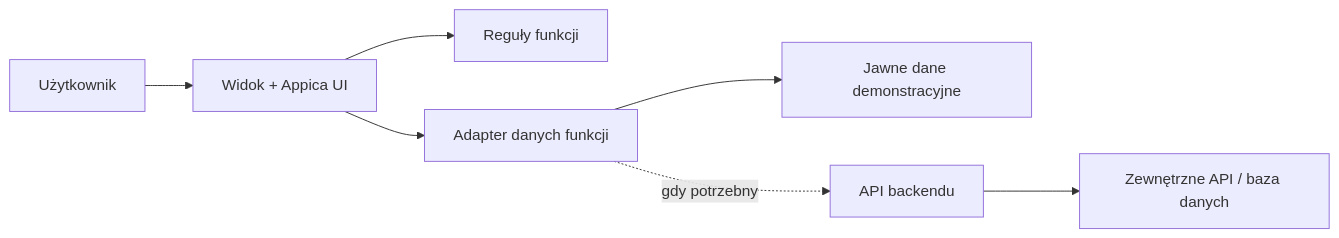
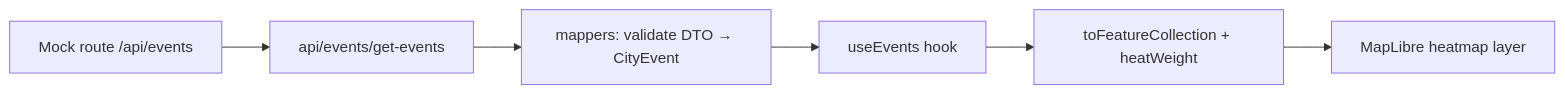
One commit to delve-group/smart-city changed the diagram in docs/architecture.md. Above: the diagram before and after it, drawn with Mermaid. The commit also changed other lines of this file and 22 other files, not shown here.

````diff
--- a/docs/architecture.md
+++ b/docs/architecture.md
@@ -24,9 +42,8 @@
 ```mermaid
 flowchart LR
-    U[Użytkownik] --> V[Widok + Appica UI]
-    V --> D[Reguły funkcji]
-    V --> A[Adapter danych funkcji]
-    A --> M[Jawne dane demonstracyjne]
-    A -. gdy potrzebny .-> B[API backendu]
-    B --> E[Zewnętrzne API / baza danych]
+    M[Mock route /api/events] --> G[api/events/get-events]
+    G --> P[mappers: validate DTO → CityEvent]
+    P --> H[useEvents hook]
+    H --> F[toFeatureCollection + heatWeight]
+    F --> L[MapLibre heatmap layer]
 ```
````
